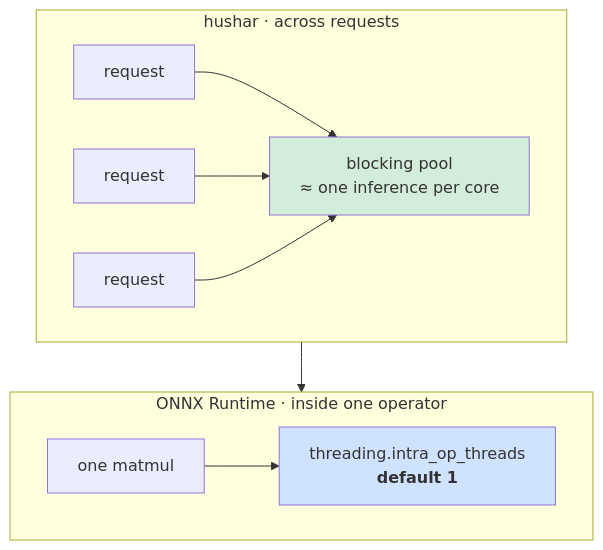
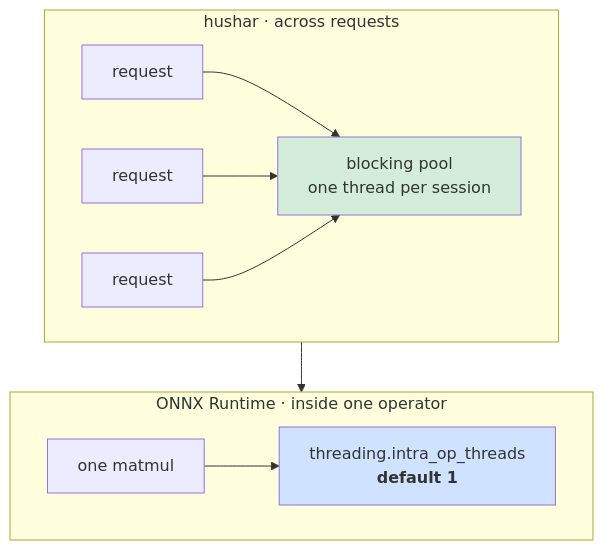
One commit to PratikBarhate/hushar changed the sixth of 8 diagrams in documentation/hardware.md. Above: the diagram before and after it, drawn with Mermaid. The commit also changed other lines of this file and 3548 other files, not shown here.

````diff
--- a/documentation/hardware.md
+++ b/documentation/hardware.md
@@ -196,14 +306,14 @@
 ```mermaid
 flowchart TB
   subgraph a["hushar · across requests"]
-    r1["request"] --> p["blocking pool<br/>≈ one inference per core"]
+    r1["request"] --> p["blocking pool<br/>one thread per session"]
     r2["request"] --> p
     r3["request"] --> p
   end
   subgraph b["ONNX Runtime · inside one operator"]
     op["one matmul"] --> it["threading.intra_op_threads<br/><b>default 1</b>"]
   end
   a --> b
   style p fill:#d4edda
   style it fill:#cfe2ff
 ```
````
